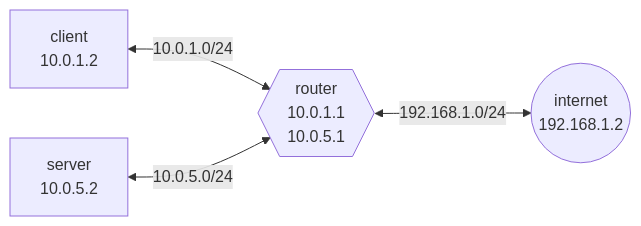
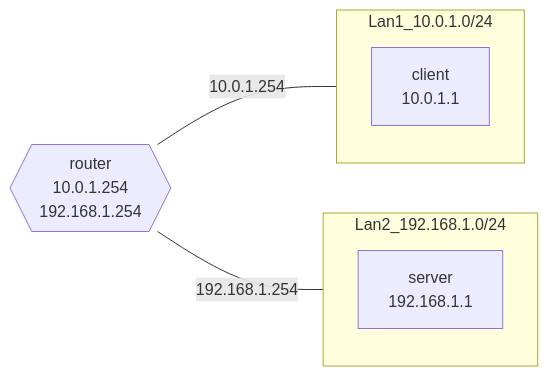
The third of 3 diagrams in lezioni/3-Network/README.md (TendTo/Tutorato-Reti-di-Calcolatori), drawn with Mermaid before and after one commit. The commit also changed other lines of this file, not shown here.

````diff
--- a/lezioni/3-Network/README.md
+++ b/lezioni/3-Network/README.md
@@ -293,11 +293,17 @@
 ```mermaid
 flowchart LR
-r{{router\n10.0.1.1\n10.0.5.1}}
-c[client\n10.0.1.2]
-s[server\n10.0.5.2]
-i((internet\n192.168.1.2))
 
-    r <--192.168.1.0/24--> i
-    c <--10.0.1.0/24--> r
-    s <--10.0.5.0/24--> r
+r{{router\n10.0.1.254\n192.168.1.254}}
+
+subgraph Lan1_10.0.1.0/24
+    c[client\n10.0.1.1]
+end
+
+
+subgraph Lan2_192.168.1.0/24
+    s[server\n192.168.1.1]
+end
+
+r --10.0.1.254--- Lan1_10.0.1.0/24
+r --192.168.1.254--- Lan2_192.168.1.0/24
 ```
````
